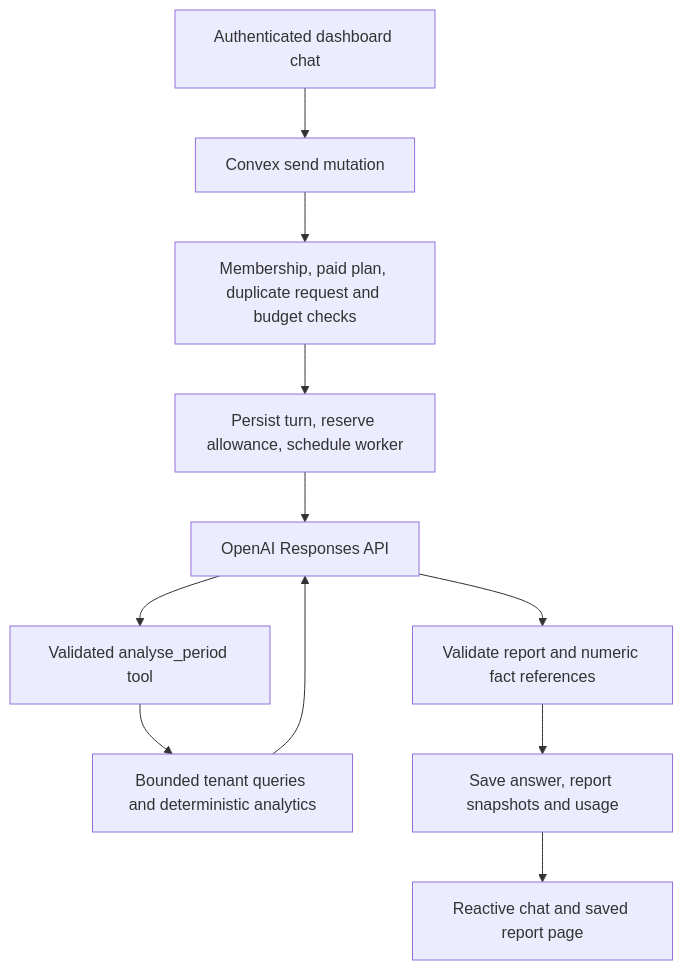
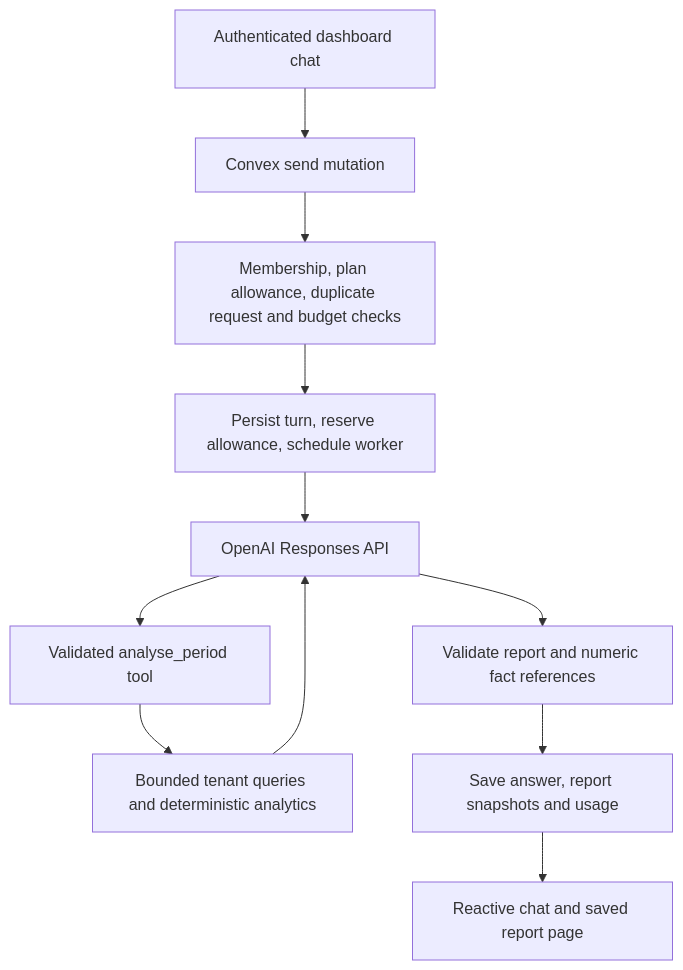
The diagram in docs/BUSINESS_ASSISTANT.md (borkopp/opus), drawn with Mermaid before and after one commit. The commit also changed other lines of this file and 32 other files, not shown here.

Commit message:
Stream AI Assistant replies and add Free plan allowance

````diff
--- a/docs/BUSINESS_ASSISTANT.md
+++ b/docs/BUSINESS_ASSISTANT.md
@@ -7,13 +7,13 @@
 ```mermaid
 flowchart TD
   A[Authenticated dashboard chat] --> B[Convex send mutation]
-  B --> C[Membership, paid plan, duplicate request and budget checks]
+  B --> C[Membership, plan allowance, duplicate request and budget checks]
   C --> D[Persist turn, reserve allowance, schedule worker]
   D --> E[OpenAI Responses API]
   E --> F[Validated analyse_period tool]
   F --> G[Bounded tenant queries and deterministic analytics]
   G --> E
   E --> H[Validate report and numeric fact references]
   H --> I[Save answer, report snapshots and usage]
   I --> J[Reactive chat and saved report page]
 ```
````
